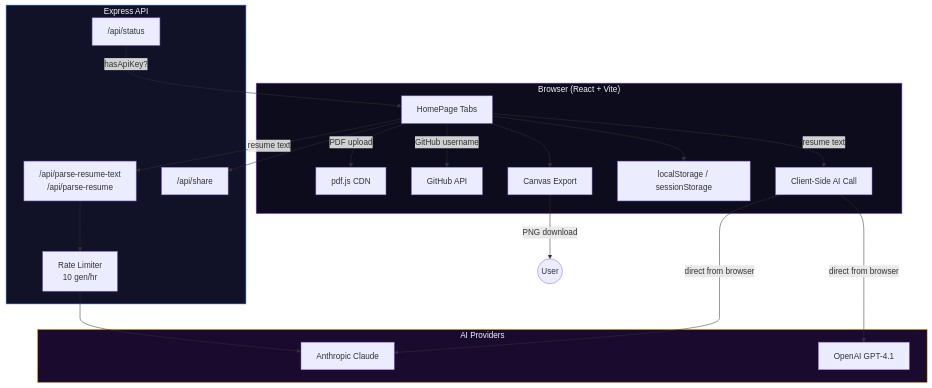
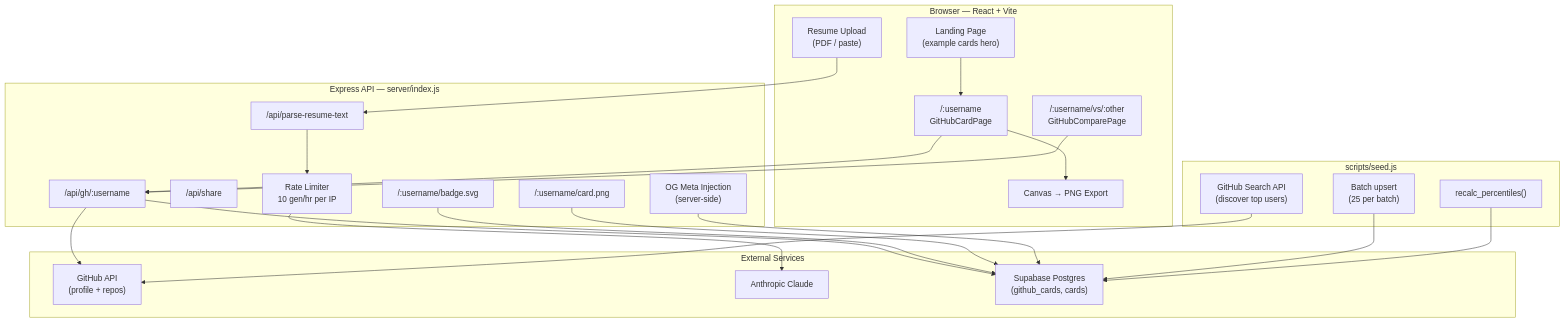
The first of 2 diagrams in README.md (hariharanragothaman/ResumeRPG), drawn with Mermaid before and after one commit. The commit also changed other lines of this file and 1 other file, not shown here.

First line of the commit message:
docs: update README and DEPLOYMENT for current architecture

````diff
--- a/README.md
+++ b/README.md
@@ -11,39 +19,47 @@
 ```mermaid
 graph TB
-    subgraph Client["Browser (React + Vite)"]
-        UI[HomePage Tabs]
-        PDF[pdf.js CDN]
-        GH[GitHub API]
-        CS[Client-Side AI Call]
-        LS[localStorage / sessionStorage]
-        CE[Canvas Export]
+    subgraph Client["Browser — React + Vite"]
+        Landing["Landing Page<br/>(example cards hero)"]
+        CardPage["/:username<br/>GitHubCardPage"]
+        DuelPage["/:username/vs/:other<br/>GitHubComparePage"]
+        ResumeParse["Resume Upload<br/>(PDF / paste)"]
+        Export["Canvas → PNG Export"]
     end
 
-    subgraph Server["Express API"]
-        RL[Rate Limiter<br/>10 gen/hr]
-        EP["/api/parse-resume-text<br/>/api/parse-resume"]
-        SH["/api/share"]
-        ST["/api/status"]
+    subgraph Server["Express API — server/index.js"]
+        GHAPI["/api/gh/:username"]
+        ResumeAPI["/api/parse-resume-text"]
+        ShareAPI["/api/share"]
+        Badge["/:username/badge.svg"]
+        CardPNG["/:username/card.png"]
+        OGMeta["OG Meta Injection<br/>(server-side)"]
+        RateLimiter["Rate Limiter<br/>10 gen/hr per IP"]
     end
 
-    subgraph AI["AI Providers"]
-        CL[Anthropic Claude]
-        OA[OpenAI GPT-4.1]
+    subgraph External["External Services"]
+        GitHub["GitHub API<br/>(profile + repos)"]
+        Claude["Anthropic Claude"]
+        Supabase["Supabase Postgres<br/>(github_cards, cards)"]
     end
 
-    UI -->|PDF upload| PDF
-    UI -->|GitHub username| GH
-    UI -->|resume text| CS
-    UI -->|resume text| EP
-    CS -->|direct from browser| CL
-    CS -->|direct from browser| OA
-    EP --> RL --> CL
-    UI --> CE -->|PNG download| User((User))
-    UI --> LS
-    UI --> SH
-    ST -->|hasApiKey?| UI
+    subgraph Seed["scripts/seed.js"]
+        Discovery["GitHub Search API<br/>(discover top users)"]
+        BatchUpsert["Batch upsert<br/>(25 per batch)"]
+        Recalc["recalc_percentiles()"]
+    end
 
-    style Client fill:#0c0c1d,stroke:#a855f7,color:#f1f5f9
-    style Server fill:#111128,stroke:#3b82f6,color:#f1f5f9
-    style AI fill:#1a0a2e,stroke:#f59e0b,color:#f1f5f9
+    Landing --> CardPage
+    CardPage --> GHAPI
+    DuelPage --> GHAPI
+    ResumeParse --> ResumeAPI
+    ResumeAPI --> RateLimiter --> Claude
+    GHAPI --> GitHub
+    GHAPI --> Supabase
+    Badge --> Supabase
+    CardPNG --> Supabase
+    OGMeta --> Supabase
+    CardPage --> Export
+    Discovery --> GitHub
+    BatchUpsert --> Supabase
+    Recalc --> Supabase
 ```
````
